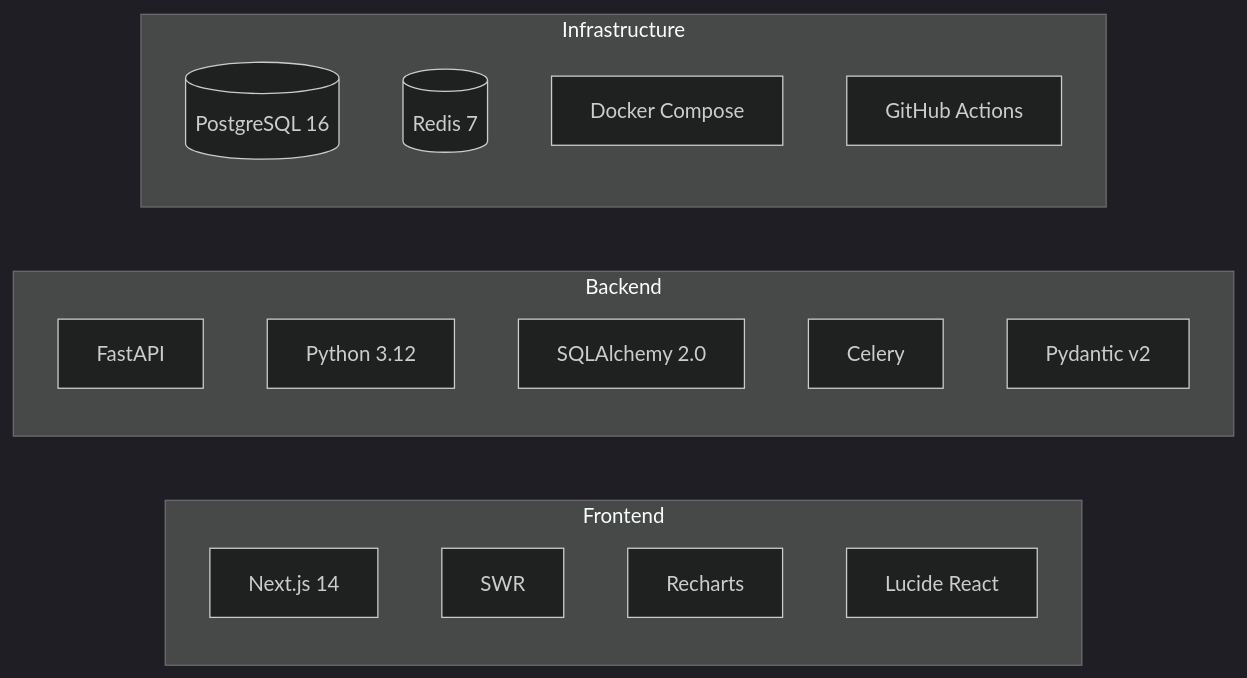
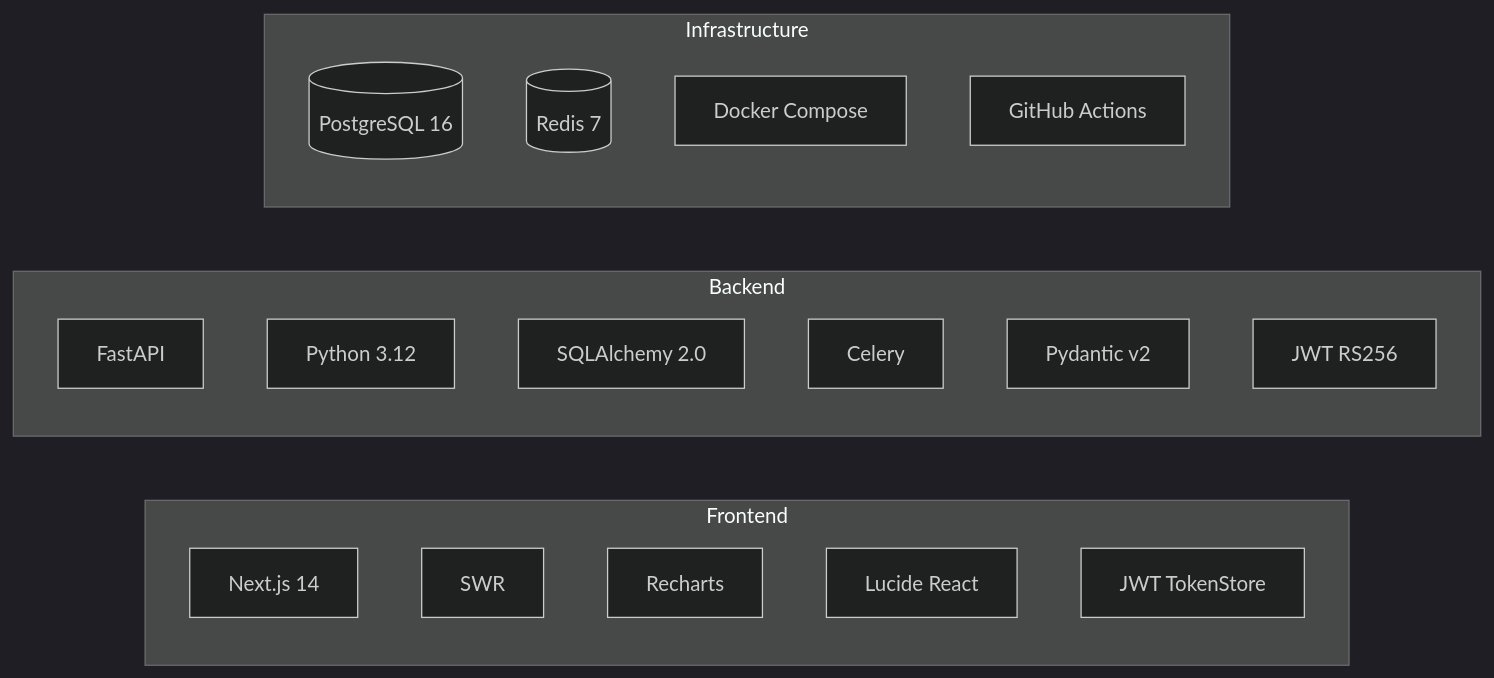
The sixth of 8 diagrams in README.md (Kensan196948G/ZeroTrust-ID-Governance), drawn with Mermaid (dark theme) before and after one commit. The commit also changed other lines of this file, not shown here.

````diff
--- a/README.md
+++ b/README.md
@@ -153,24 +237,26 @@
 ```mermaid
 graph LR
     subgraph FE["Frontend"]
         NX[Next.js 14]
         SWR[SWR]
         RC[Recharts]
         LR[Lucide React]
+        JWT_FE[JWT TokenStore]
     end
 
     subgraph BE["Backend"]
         FA[FastAPI]
         PY[Python 3.12]
         SA[SQLAlchemy 2.0]
         CL[Celery]
         PD[Pydantic v2]
+        JWT_BE[JWT RS256]
     end
 
     subgraph INFRA["Infrastructure"]
         PG[(PostgreSQL 16)]
         RD[(Redis 7)]
         DC[Docker Compose]
         GH[GitHub Actions]
     end
 ```
````
